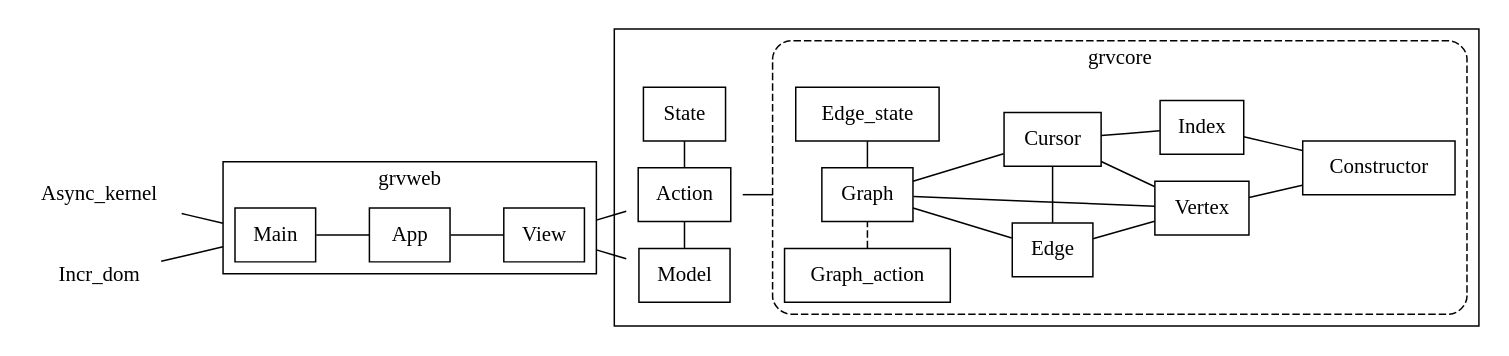
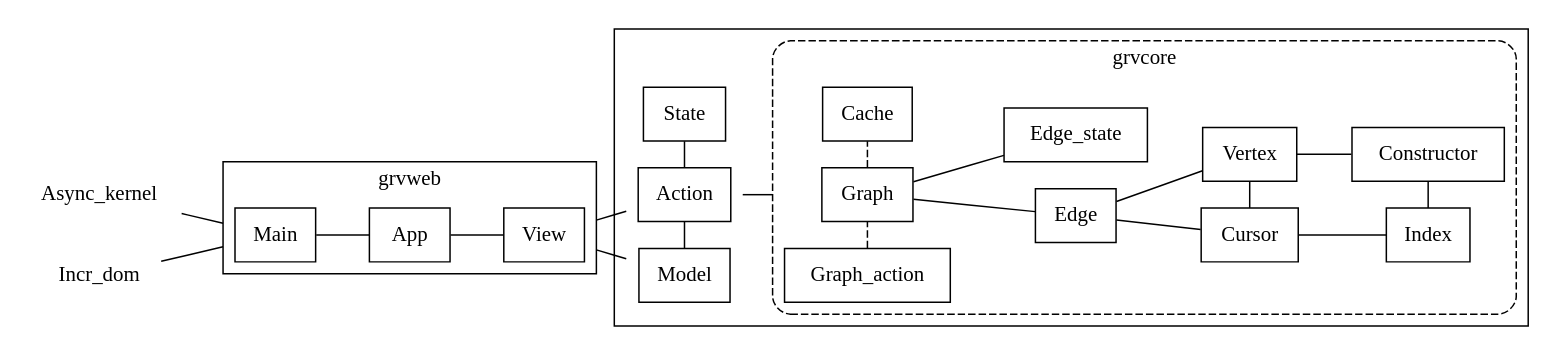
The diagram in src/grvdoc/overview.dot (hazelgrove/GRV), drawn with Graphviz before and after one commit. The commit also changed 5 other files, not shown here.

```diff
--- a/src/grvdoc/overview.dot
+++ b/src/grvdoc/overview.dot
@@ -1,58 +1,59 @@
 graph G {
   rankdir=LR
   compound=true
   splines=true
   concentrate=true
 
   node [shape=none]
 
   {rank=same; Async_kernel; Incr_dom}
 
   node [shape=box]
 
   Grap [label="Graph"]
   Edg [label="Edge"]
   Verte [label="Vertex"]
 
   subgraph cluster_web {
     label="grvweb"
     App; Main; View
   }
 
   subgraph cluster_whole_core {
 
   subgraph cluster_mid {
     style="invis"
     {rank=min; Action; Model; State}
     Action -- State
   }
 
   subgraph cluster_core {
     label="grvcore"
     style="dashed,rounded"
-    {rank=min; Grap; Edge_state; Graph_action}
-    {rank=same; Edg; Cursor}
-    {rank=same; Verte; Index}
-    Grap; Edg; Edge_state; Verte; Constructor; Cursor; Index
+    {rank=min; Grap; Graph_action; Cache}
+    {rank=same; Cursor; Verte}
+    {rank=max; Index; Constructor}
+    Grap; Edg; Edge_state; Cache; Verte; Constructor; Cursor; Index
   }
 
   }
 
   {Async_kernel; Incr_dom} -- Main [lhead=cluster_web]
   View -- Action [ltail=cluster_web; lhead=cluster_mid]
   Action -- Grap [ltail=cluster_mid; lhead=cluster_core]
-  Model -- {Action; View} [ltail=cluster_mid; lhead=cluster_web]
+  Model -- View [ltail=cluster_mid; lhead=cluster_web]
+  Model -- Action
 
   Main -- App -- View
 
-  Grap -- {Verte; Cursor; Edg; Edge_state}
+  Grap -- {Edg; Edge_state}
 
   {Verte; Index} -- Constructor
 
   Cursor -- {Verte; Index}
 
   Edg -- {Verte; Cursor}
 
-  Graph_action -- Grap [style=dashed]
+  Graph_action -- Grap -- Cache [style=dashed]
 
 }
```
